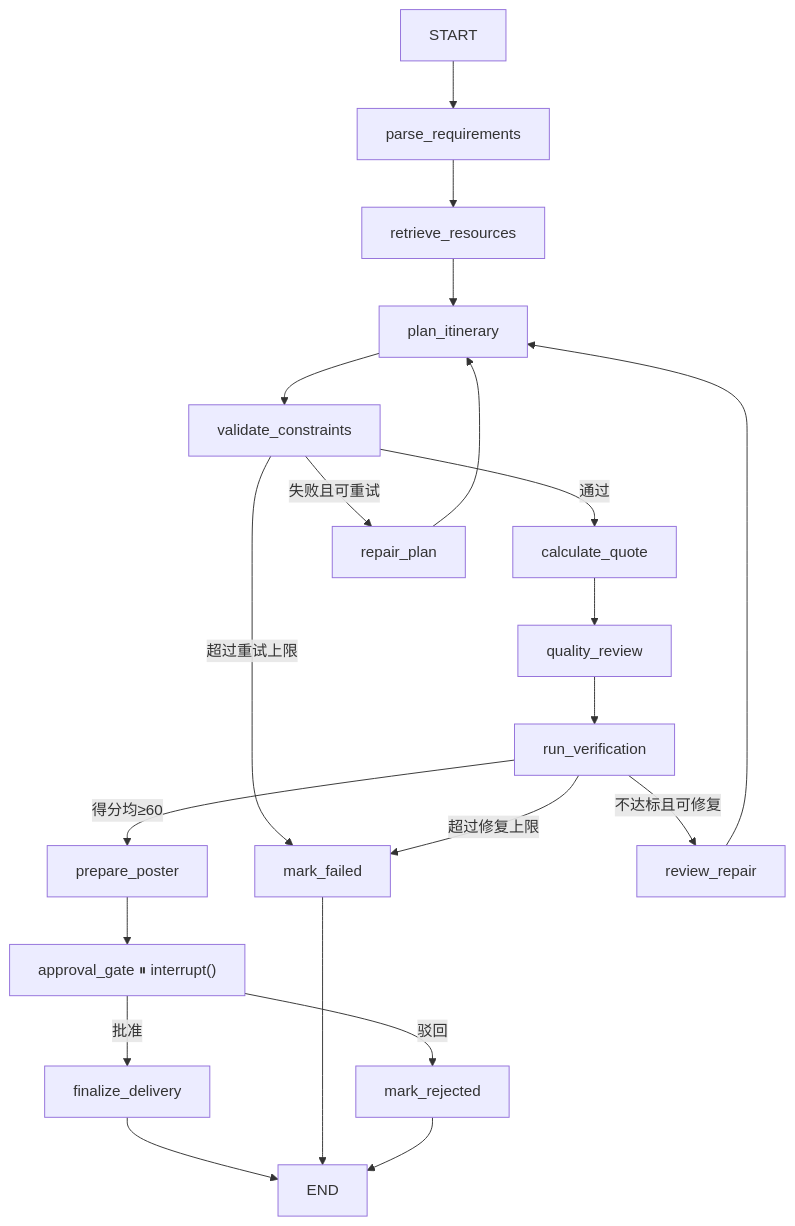
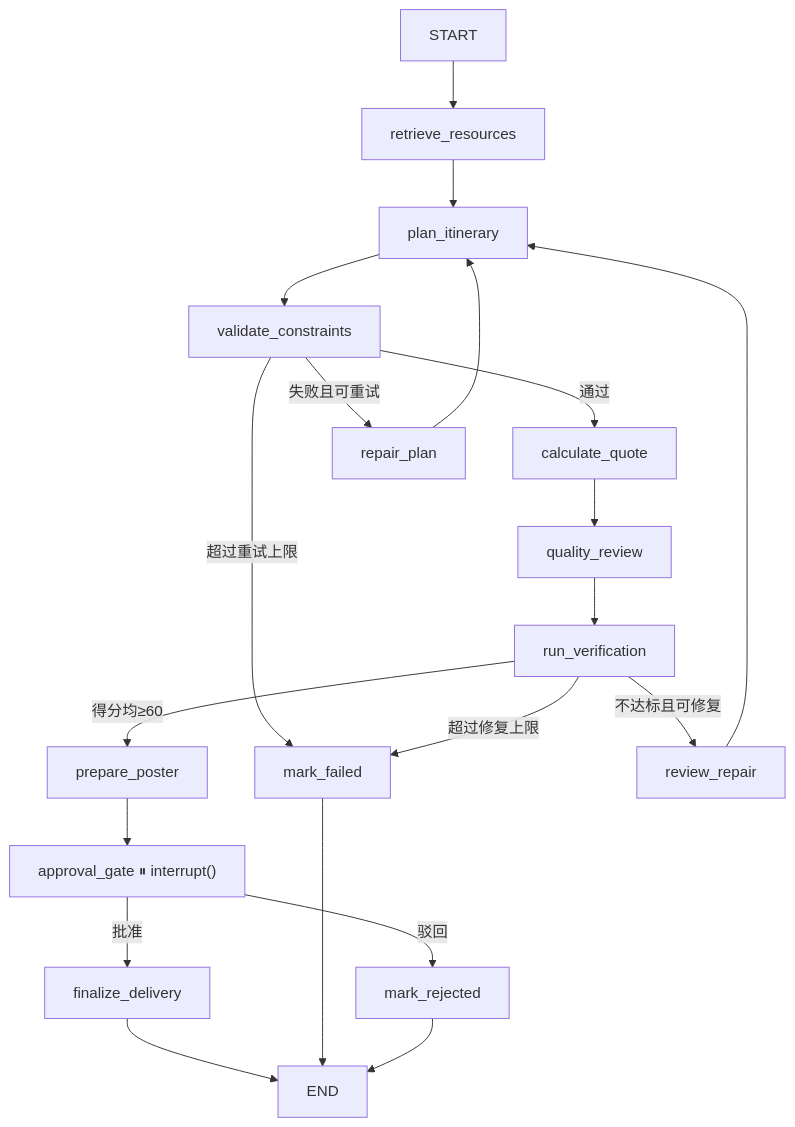
Before and after one commit to IsGodmini/muti-agents-projects: the diagram in docs/03-多Agent与LangGraph工作流.md, drawn with Mermaid. The commit also changed other lines of this file and 16 other files, not shown here.

````diff
--- a/docs/03-多Agent与LangGraph工作流.md
+++ b/docs/03-多Agent与LangGraph工作流.md
@@ -38,23 +37,22 @@
 ```mermaid
 flowchart TD
-    S["START"] --> P["parse_requirements"]
-    P --> R["retrieve_resources"]
+    S["START"] --> R["retrieve_resources"]
     R --> I["plan_itinerary"]
     I --> V["validate_constraints"]
     V -->|通过| C["calculate_quote"]
     V -->|失败且可重试| RP["repair_plan"]
     V -->|超过重试上限| F["mark_failed"]
     RP --> I
     C --> Q["quality_review"]
     Q --> VER["run_verification"]
     VER -->|得分均≥60| PO["prepare_poster"]
     VER -->|不达标且可修复| RR["review_repair"]
     VER -->|超过修复上限| F
     RR --> I
     PO --> G["approval_gate ⏸ interrupt()"]
     G -->|批准| D["finalize_delivery"]
     G -->|驳回| RJ["mark_rejected"]
     D --> E["END"]
     F --> E
     RJ --> E
 ```
````
